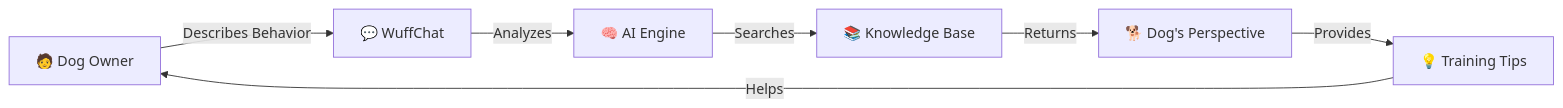
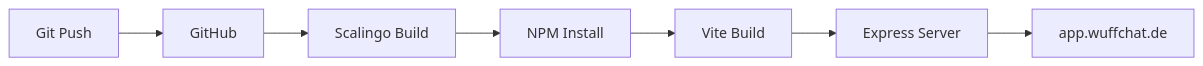
Before and after one commit to kemperfekt/wuff-web: the third of 4 diagrams in README.md, drawn with Mermaid. The commit also changed other lines of this file, not shown here.

````diff
--- a/README.md
+++ b/README.md
@@ -15,9 +190,9 @@
 ```mermaid
 graph LR
-    A[🧑 Dog Owner] -->|Describes Behavior| B[💬 WuffChat]
-    B -->|Analyzes| C[🧠 AI Engine]
-    C -->|Searches| D[📚 Knowledge Base]
-    D -->|Returns| E[🐕 Dog's Perspective]
-    E -->|Provides| F[💡 Training Tips]
-    F -->|Helps| A
+    A[Git Push] --> B[GitHub]
+    B --> C[Scalingo Build]
+    C --> D[NPM Install]
+    D --> E[Vite Build]
+    E --> F[Express Server]
+    F --> G[app.wuffchat.de]
 ```
````
